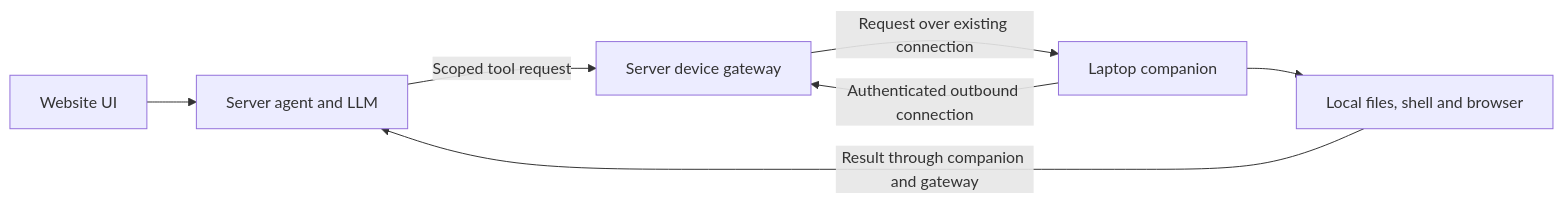
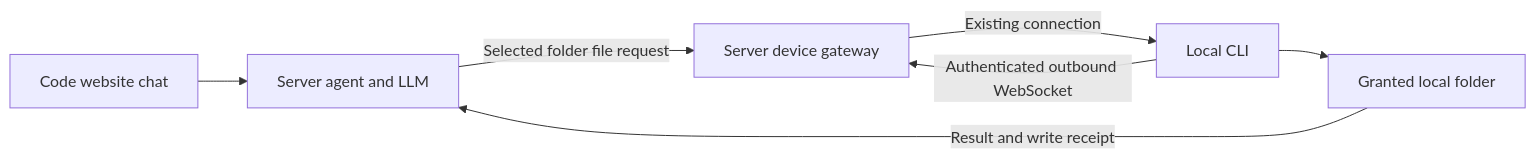
One commit to manishiitg/agentworks changed the second of 2 diagrams in docs/core/remote_workspace_server_plan.md. Above: the diagram before and after it, drawn with Mermaid. The commit also changed other lines of this file and 23 other files, not shown here.

Commit message:
Add minimal Local mode to Code chats

````diff
--- a/docs/core/remote_workspace_server_plan.md
+++ b/docs/core/remote_workspace_server_plan.md
@@ -210,9 +207,9 @@
 ```mermaid
 flowchart LR
-    U[Website UI] --> A[Server agent and LLM]
-    L[Laptop companion] -->|Authenticated outbound connection| G[Server device gateway]
-    A -->|Scoped tool request| G
-    G -->|Request over existing connection| L
-    L --> F[Local files, shell and browser]
-    F -->|Result through companion and gateway| A
+    U[Code website chat] --> A[Server agent and LLM]
+    L[Local CLI] -->|Authenticated outbound WebSocket| G[Server device gateway]
+    A -->|Selected folder file request| G
+    G -->|Existing connection| L
+    L --> F[Granted local folder]
+    F -->|Result and write receipt| A
 ```
````
